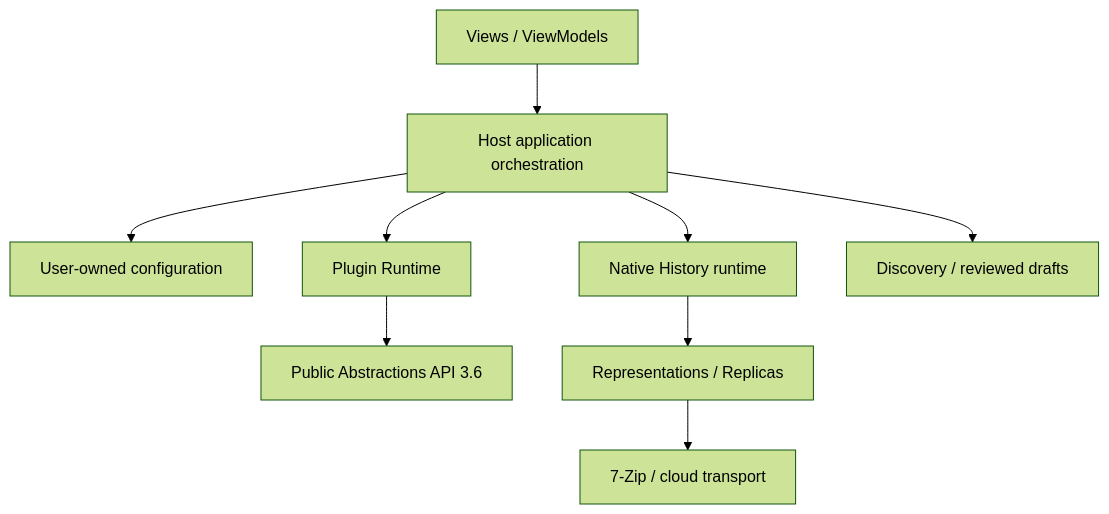
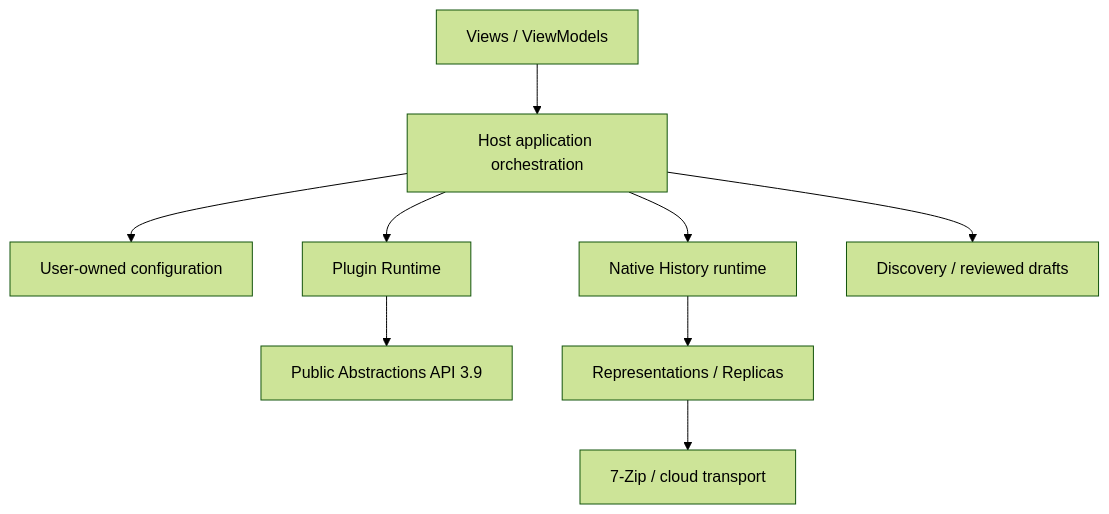
Before and after one commit to Leafuke/FolderRewind-Site: the diagram in docs/architecture/index.md, drawn with Mermaid (forest theme). The commit also changed other lines of this file and 404 other files, not shown here.

````diff
--- a/docs/architecture/index.md
+++ b/docs/architecture/index.md
@@ -12,11 +14,11 @@
 ```mermaid
 flowchart TD
   V[Views / ViewModels] --> H[Host application orchestration]
   H --> C[User-owned configuration]
   H --> N[Native History runtime]
   H --> P[Plugin Runtime]
-  P --> A[Public Abstractions API 3.6]
+  P --> A[Public Abstractions API 3.9]
   N --> R[Representations / Replicas]
   R --> Z[7-Zip / cloud transport]
   H --> D[Discovery / reviewed drafts]
 ```
````
